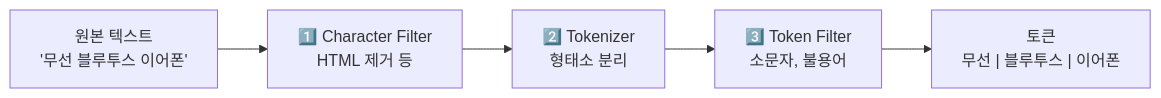
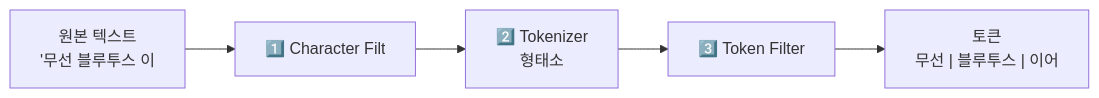
Before and after one commit to yjkim2015/yjkim2015.github.io: the fifth of 7 diagrams in _posts/nosql/2026-05-03-elasticsearch-deep.md, drawn with Mermaid. The commit also changed other lines of this file and 271 other files, not shown here.

First line of the commit message:
Mermaid 라벨 축소: 긴 노드 텍스트 18자 이하로 트림 + \n 제거

````diff
--- a/_posts/nosql/2026-05-03-elasticsearch-deep.md
+++ b/_posts/nosql/2026-05-03-elasticsearch-deep.md
@@ -196,7 +196,7 @@
 ```mermaid
 flowchart LR
-    INPUT["원본 텍스트\n'무선 블루투스 이어폰'"] --> CF["1️⃣ Character Filter\nHTML 제거 등"]
-    CF --> TK["2️⃣ Tokenizer\n형태소 분리"]
-    TK --> TF["3️⃣ Token Filter\n소문자, 불용어"]
-    TF --> TERMS["토큰\n무선 | 블루투스 | 이어폰"]
+    INPUT["원본 텍스트\n'무선 블루투스 이"] --> CF["1️⃣ Character Filt"]
+    CF --> TK["2️⃣ Tokenizer\n형태소"]
+    TK --> TF["3️⃣ Token Filter\n"]
+    TF --> TERMS["토큰\n무선 | 블루투스 | 이어"]
 ```
````
